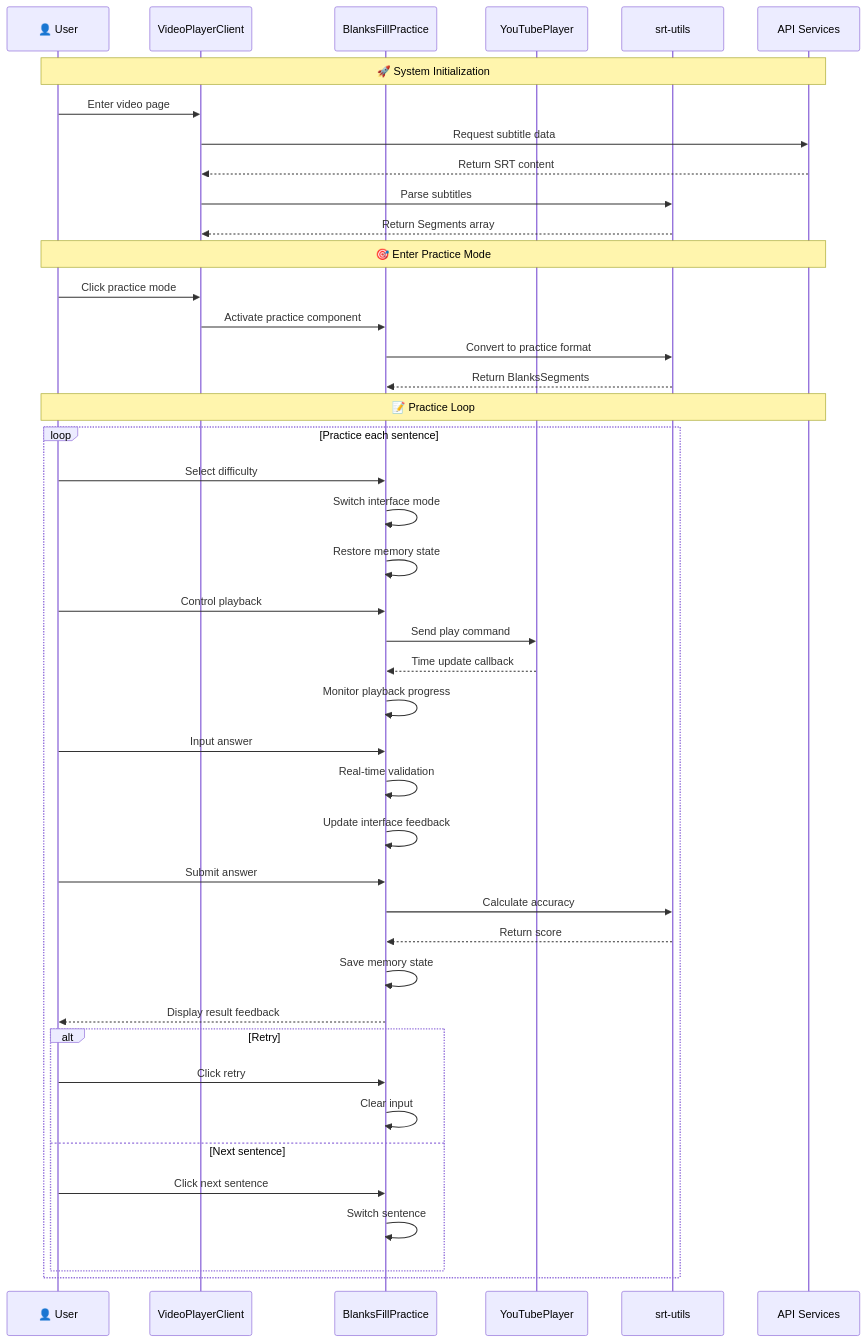
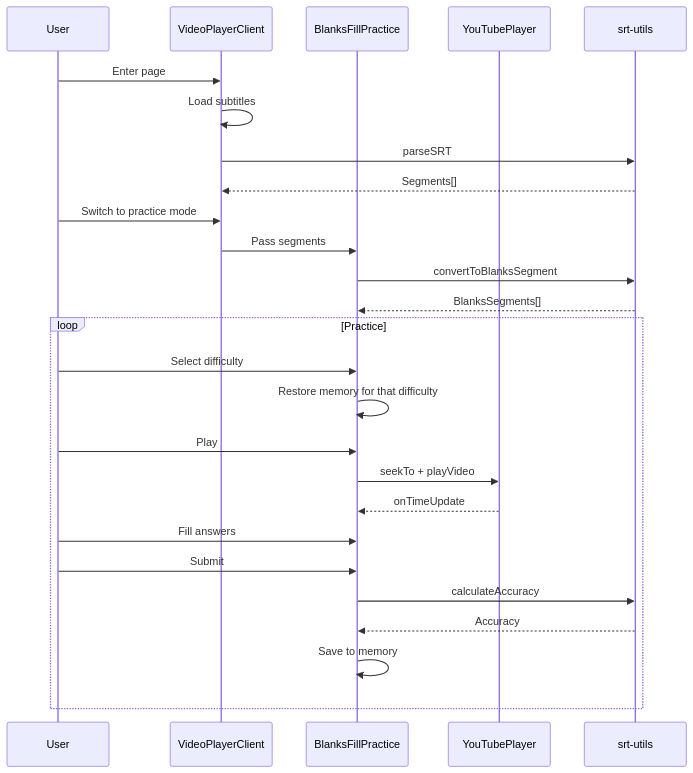
Before and after one commit to crazycjh/language-learning-transcribe: the second of 3 diagrams in docs/DICTATION_COMPONENTS_DIAGRAM_EN.md, drawn with Mermaid. The commit also changed other lines of this file and 7 other files, not shown here.

````diff
--- a/docs/DICTATION_COMPONENTS_DIAGRAM_EN.md
+++ b/docs/DICTATION_COMPONENTS_DIAGRAM_EN.md
@@ -146,52 +75,33 @@
 ```mermaid
 sequenceDiagram
-    participant U as 👤 User
+    participant User
     participant VPC as VideoPlayerClient
     participant BFP as BlanksFillPractice
     participant YTP as YouTubePlayer
     participant SU as srt-utils
-    participant API as API Services
+
+    User->>VPC: Enter page
+    VPC->>VPC: Load subtitles
+    VPC->>SU: parseSRT
+    SU-->>VPC: Segments[]
     
-    Note over U,API: 🚀 System Initialization
-    U->>VPC: Enter video page
-    VPC->>API: Request subtitle data
-    API-->>VPC: Return SRT content
-    VPC->>SU: Parse subtitles
-    SU-->>VPC: Return Segments array
+    User->>VPC: Switch to practice mode
+    VPC->>BFP: Pass segments
+    BFP->>SU: convertToBlanksSegment
+    SU-->>BFP: BlanksSegments[]
     
-    Note over U,API: 🎯 Enter Practice Mode
-    U->>VPC: Click practice mode
-    VPC->>BFP: Activate practice component
-    BFP->>SU: Convert to practice format
-    SU-->>BFP: Return BlanksSegments
-    
-    Note over U,API: 📝 Practice Loop
-    loop Practice each sentence
-        U->>BFP: Select difficulty
-        BFP->>BFP: Switch interface mode
-        BFP->>BFP: Restore memory state
+    loop Practice
+        User->>BFP: Select difficulty
+        BFP->>BFP: Restore memory for that difficulty
         
-        U->>BFP: Control playback
-        BFP->>YTP: Send play command
-        YTP-->>BFP: Time update callback
-        BFP->>BFP: Monitor playback progress
+        User->>BFP: Play
+        BFP->>YTP: seekTo + playVideo
+        YTP-->>BFP: onTimeUpdate
         
-        U->>BFP: Input answer
-        BFP->>BFP: Real-time validation
-        BFP->>BFP: Update interface feedback
-        
-        U->>BFP: Submit answer
-        BFP->>SU: Calculate accuracy
-        SU-->>BFP: Return score
-        BFP->>BFP: Save memory state
-        BFP-->>U: Display result feedback
-        
-        alt Retry
-            U->>BFP: Click retry
-            BFP->>BFP: Clear input
-        else Next sentence
-            U->>BFP: Click next sentence
-            BFP->>BFP: Switch sentence
-        end
+        User->>BFP: Fill answers
+        User->>BFP: Submit
+        BFP->>SU: calculateAccuracy
+        SU-->>BFP: Accuracy
+        BFP->>BFP: Save to memory
     end
 ```
````
